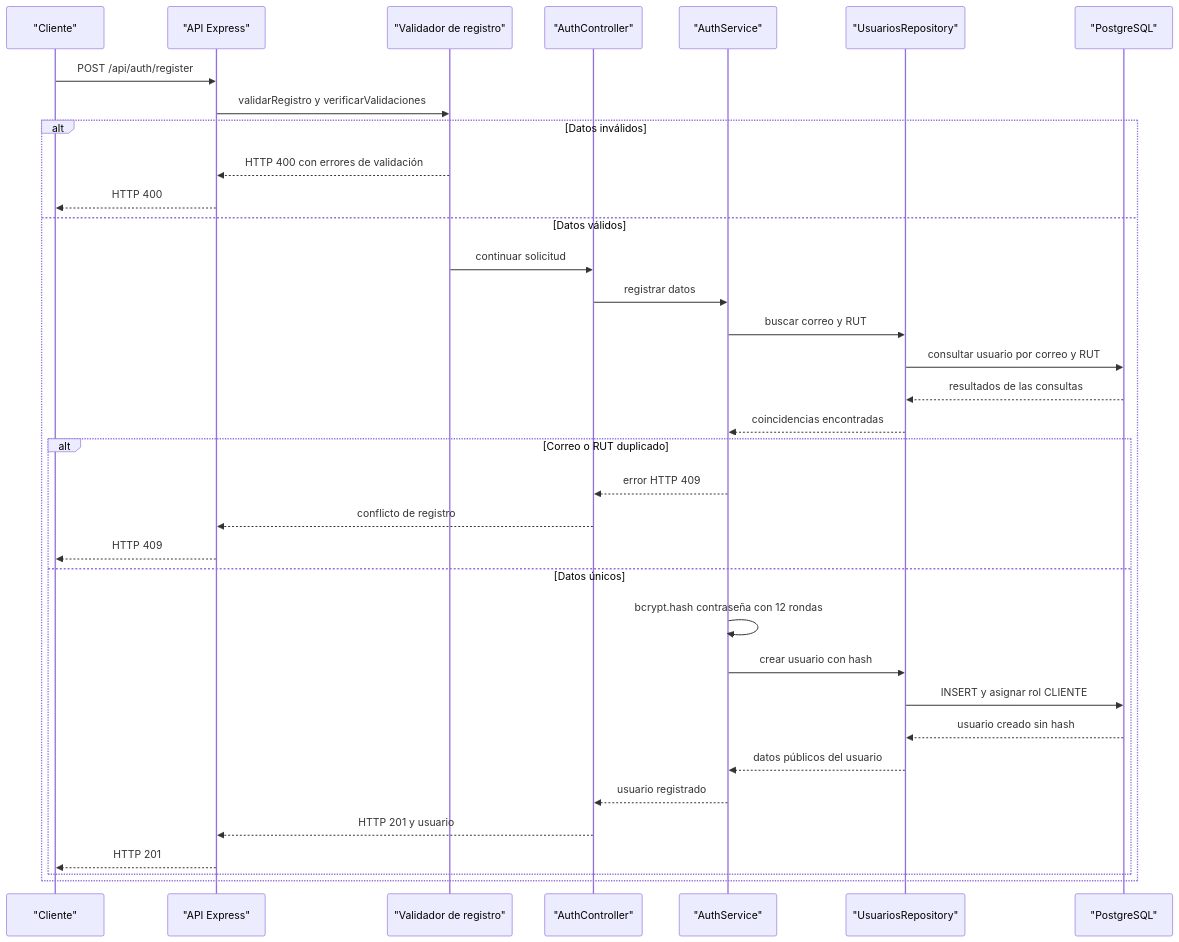
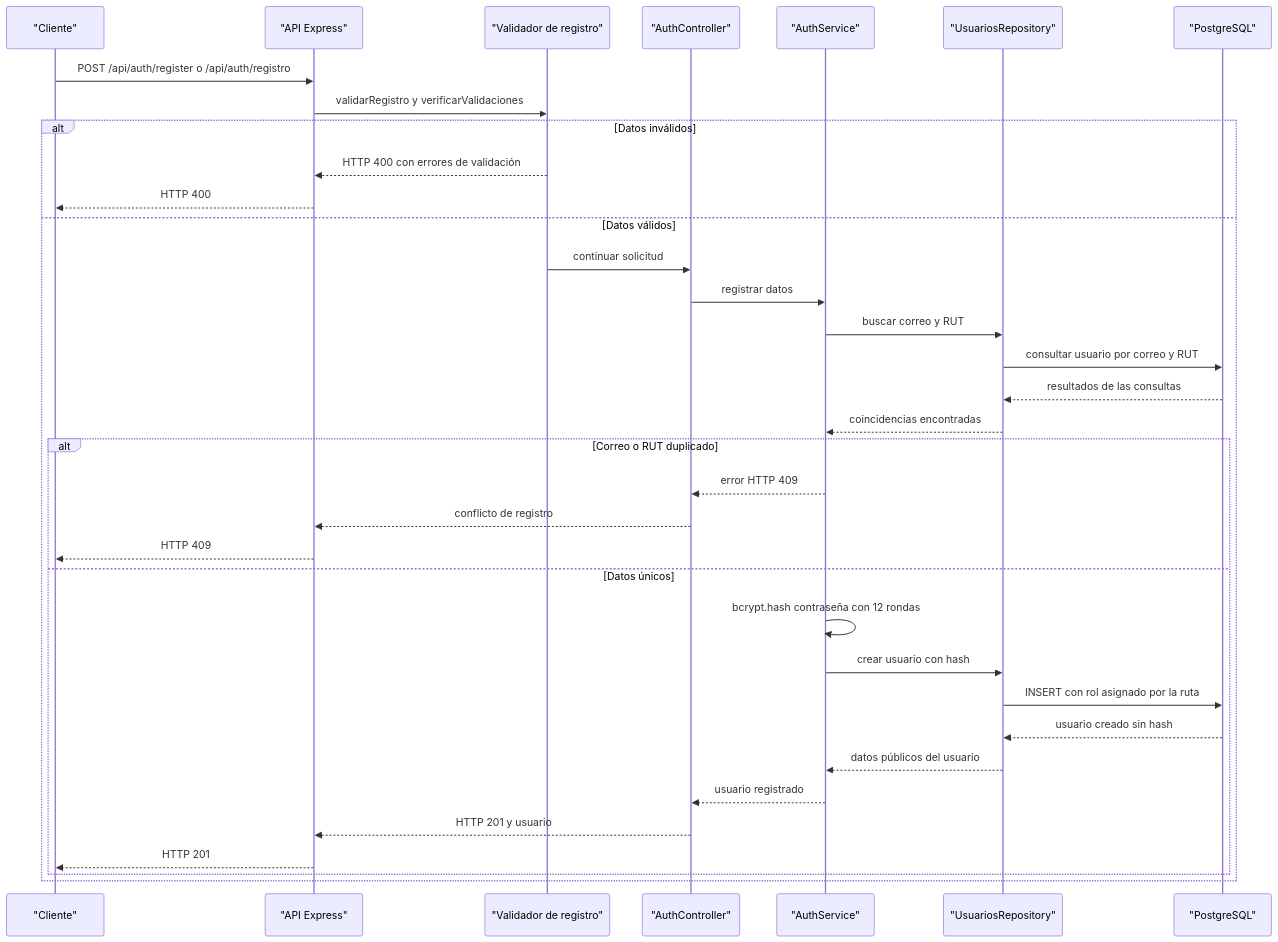
The first of 6 diagrams in docs/secuencia-autenticacion-guia19.md (ervin-millanguir/veterinaria_Happy_Pawss_backend), drawn with Mermaid before and after one commit. The commit also changed other lines of this file and 29 other files, not shown here.

````diff
--- a/docs/secuencia-autenticacion-guia19.md
+++ b/docs/secuencia-autenticacion-guia19.md
@@ -12,38 +12,38 @@
 ```mermaid
 sequenceDiagram
     participant Cliente as "Cliente"
     participant API as "API Express"
     participant Validador as "Validador de registro"
     participant Controlador as "AuthController"
     participant Servicio as "AuthService"
     participant Repo as "UsuariosRepository"
     participant DB as "PostgreSQL"
 
-    Cliente->>API: POST /api/auth/register
+    Cliente->>API: POST /api/auth/register o /api/auth/registro
     API->>Validador: validarRegistro y verificarValidaciones
     alt Datos inválidos
         Validador-->>API: HTTP 400 con errores de validación
         API-->>Cliente: HTTP 400
     else Datos válidos
         Validador->>Controlador: continuar solicitud
         Controlador->>Servicio: registrar datos
         Servicio->>Repo: buscar correo y RUT
         Repo->>DB: consultar usuario por correo y RUT
         DB-->>Repo: resultados de las consultas
         Repo-->>Servicio: coincidencias encontradas
         alt Correo o RUT duplicado
             Servicio-->>Controlador: error HTTP 409
             Controlador-->>API: conflicto de registro
             API-->>Cliente: HTTP 409
         else Datos únicos
             Servicio->>Servicio: bcrypt.hash contraseña con 12 rondas
             Servicio->>Repo: crear usuario con hash
-            Repo->>DB: INSERT y asignar rol CLIENTE
+            Repo->>DB: INSERT con rol asignado por la ruta
             DB-->>Repo: usuario creado sin hash
             Repo-->>Servicio: datos públicos del usuario
             Servicio-->>Controlador: usuario registrado
             Controlador-->>API: HTTP 201 y usuario
             API-->>Cliente: HTTP 201
         end
     end
 ```
````
